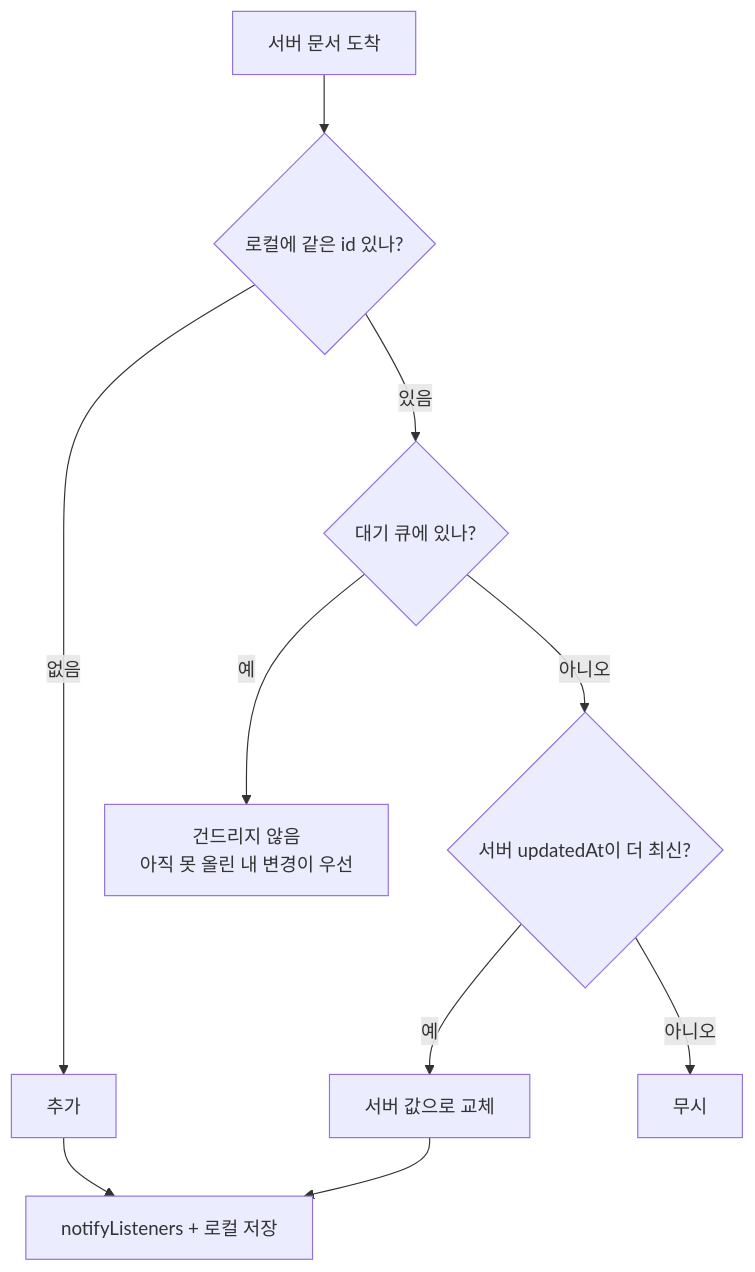
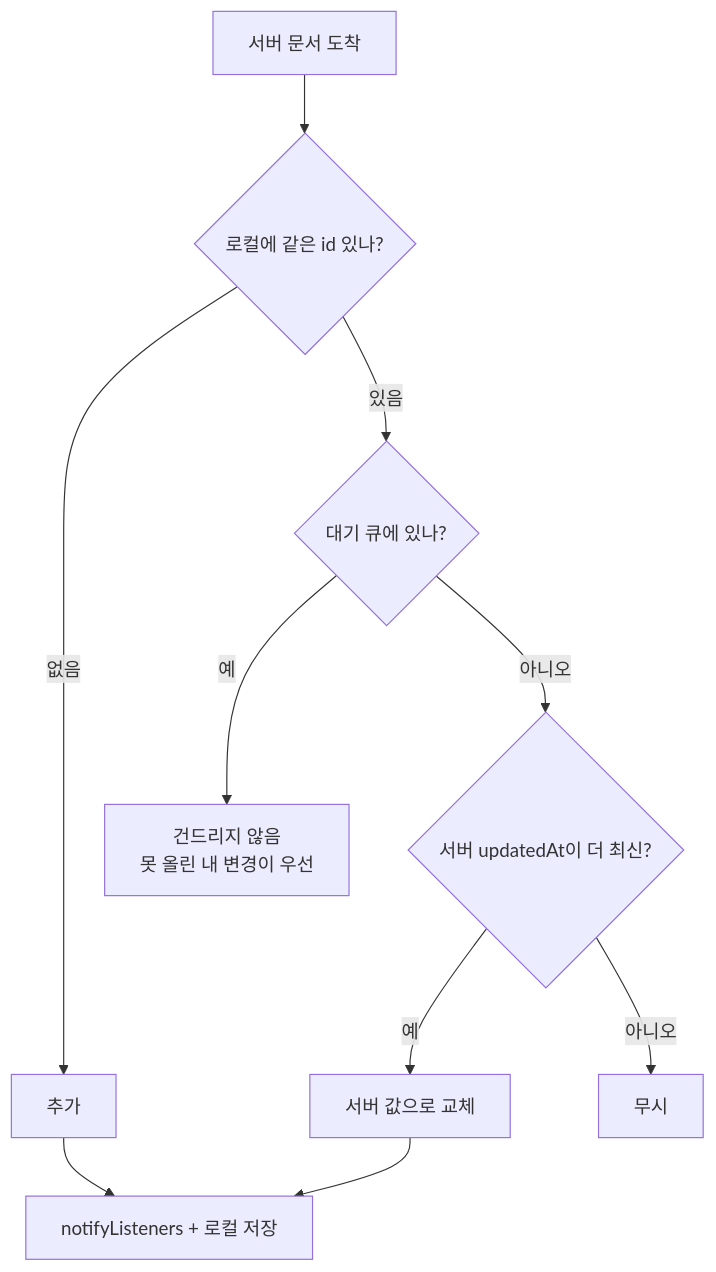
Before and after one commit to chohk1003/Keepy: the third of 6 diagrams in heeil/docs/firebase.md, drawn with Mermaid. The commit also changed other lines of this file and 10 other files, not shown here.

````diff
--- a/heeil/docs/firebase.md
+++ b/heeil/docs/firebase.md
@@ -128,11 +123,11 @@
 ```mermaid
 flowchart TD
     A["서버 문서 도착"] --> B{"로컬에 같은 id 있나?"}
-    B -->|없음| C["추가"]
-    B -->|있음| D{"대기 큐에 있나?"}
-    D -->|예| E["건드리지 않음<br/>아직 못 올린 내 변경이 우선"]
-    D -->|아니오| F{"서버 updatedAt이 더 최신?"}
-    F -->|예| G["서버 값으로 교체"]
-    F -->|아니오| H["무시"]
+    B -->|"없음"| C["추가"]
+    B -->|"있음"| D{"대기 큐에 있나?"}
+    D -->|"예"| E["건드리지 않음<br/>못 올린 내 변경이 우선"]
+    D -->|"아니오"| F{"서버 updatedAt이 더 최신?"}
+    F -->|"예"| G["서버 값으로 교체"]
+    F -->|"아니오"| H["무시"]
     C & G --> I["notifyListeners + 로컬 저장"]
 ```
````
